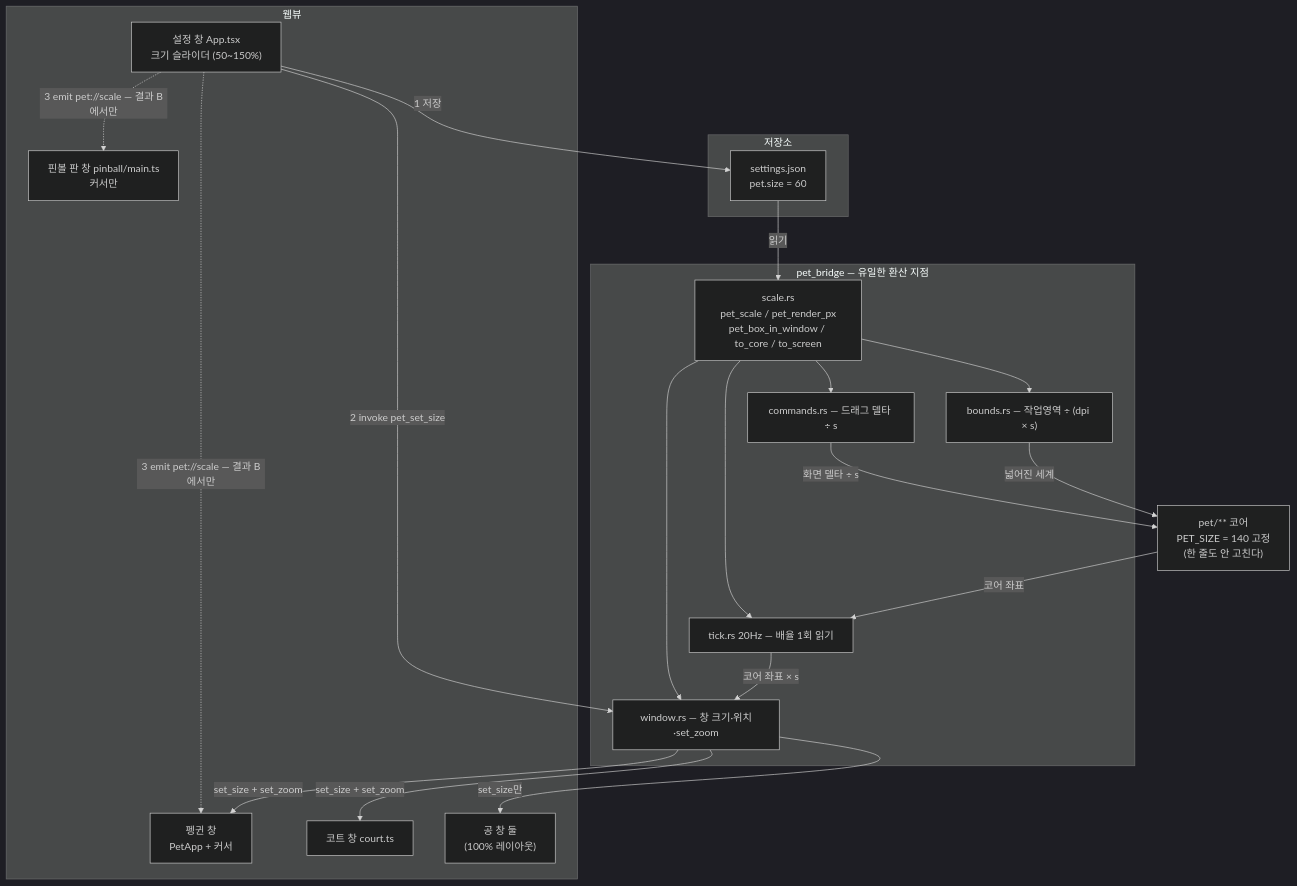
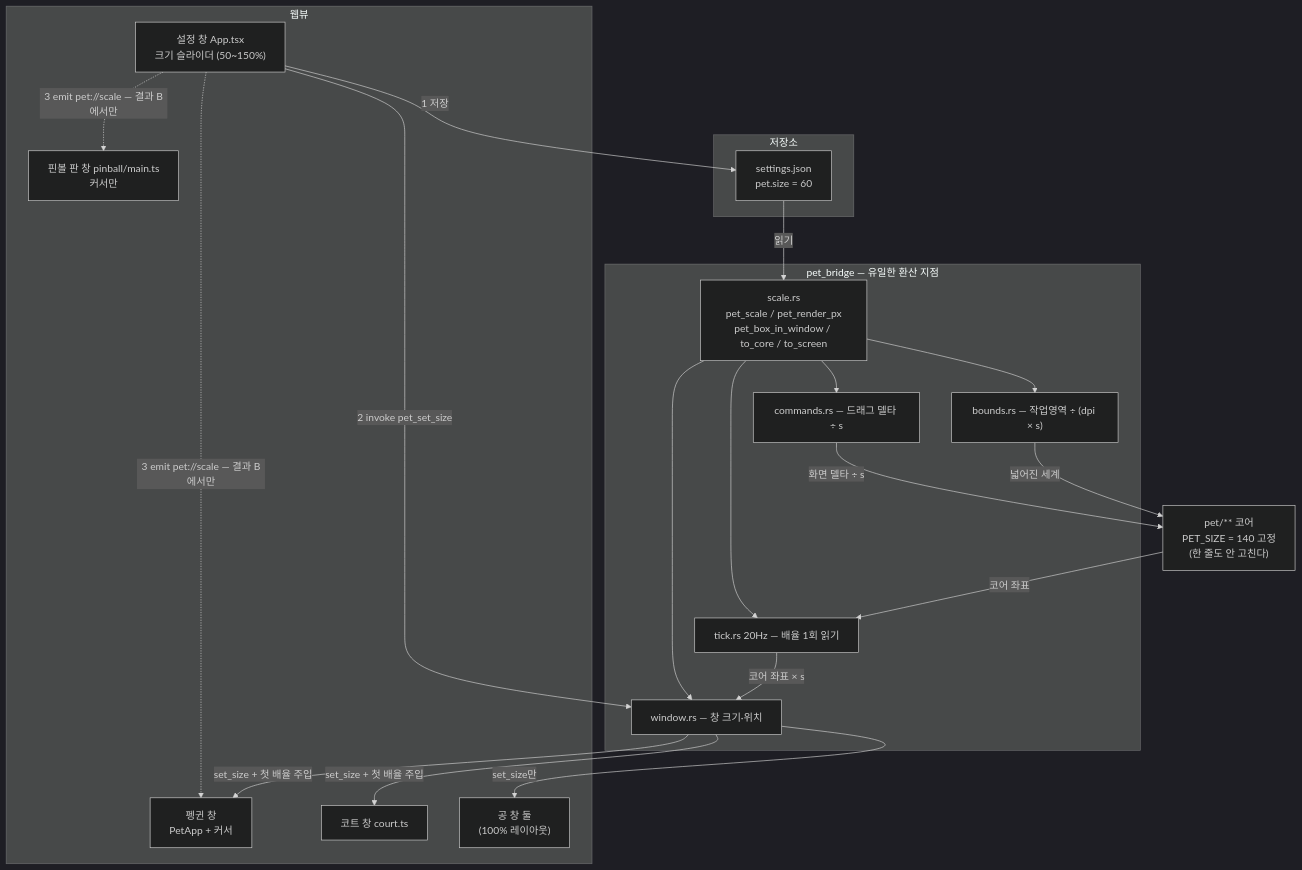
One commit to cgamja/individual-manager changed the first of 2 diagrams in docs/plans/2026-09-03-026-feat-pet-scale-plan.md. Above: the diagram before and after it, drawn with Mermaid (dark theme). The commit also changed other lines of this file, not shown here.

````diff
--- a/docs/plans/2026-09-03-026-feat-pet-scale-plan.md
+++ b/docs/plans/2026-09-03-026-feat-pet-scale-plan.md
@@ -346,36 +346,36 @@
 ```mermaid
 flowchart TB
   subgraph 웹뷰
     S["설정 창 App.tsx<br/>크기 슬라이더 (50~150%)"]
     P["펭귄 창<br/>PetApp + 커서"]
     C["코트 창 court.ts"]
     BD["핀볼 판 창 pinball/main.ts<br/>커서만"]
     BW["공 창 둘<br/>(100% 레이아웃)"]
   end
 
   subgraph 저장소
     ST["settings.json<br/>pet.size = 60"]
   end
 
   subgraph 브릿지 [pet_bridge — 유일한 환산 지점]
     SC["scale.rs<br/>pet_scale / pet_render_px<br/>pet_box_in_window / to_core / to_screen"]
-    W["window.rs — 창 크기·위치·set_zoom"]
+    W["window.rs — 창 크기·위치"]
     B["bounds.rs — 작업영역 ÷ (dpi × s)"]
     T["tick.rs 20Hz — 배율 1회 읽기"]
     CMD["commands.rs — 드래그 델타 ÷ s"]
   end
 
   CORE["pet/** 코어<br/>PET_SIZE = 140 고정<br/>(한 줄도 안 고친다)"]
 
   S -->|1 저장| ST
   S -->|2 invoke pet_set_size| W
   S -.->|3 emit pet://scale — 결과 B에서만| P & BD
   ST -->|읽기| SC
   SC --> W & B & T & CMD
-  W -->|set_size + set_zoom| P & C
+  W -->|set_size + 첫 배율 주입| P & C
   W -->|set_size만| BW
   T -->|코어 좌표 × s| W
   CMD -->|화면 델타 ÷ s| CORE
   B -->|넓어진 세계| CORE
   CORE -->|코어 좌표| T
 ```
````
